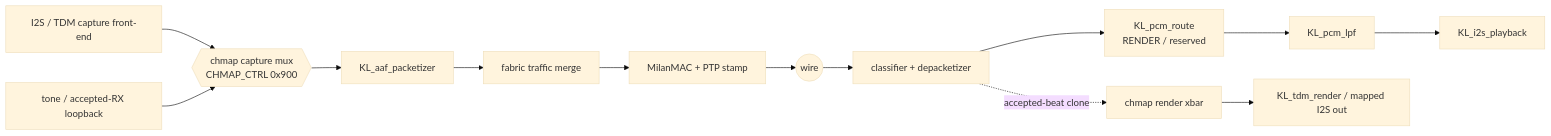
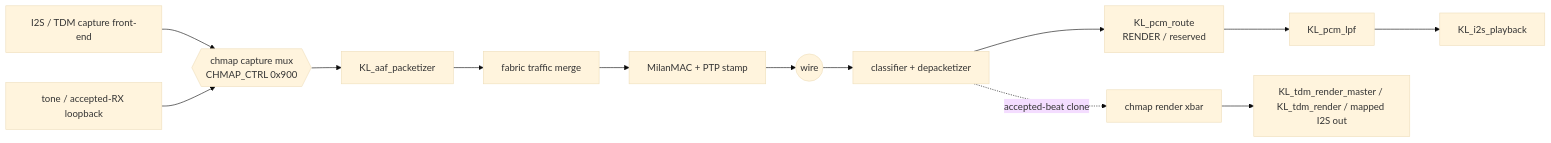
Before and after one commit to kebag-logic/milan-fpga: the diagram in docs/fpga/FPGA_DESIGN.md, drawn with Mermaid (base theme). The commit also changed other lines of this file and 36 other files, not shown here.

Commit message:
Render the shipping TDM8 listener onto its serial pins through a master render lane

````diff
--- a/docs/fpga/FPGA_DESIGN.md
+++ b/docs/fpga/FPGA_DESIGN.md
@@ -130,9 +130,9 @@
 ```mermaid
 flowchart LR
     ADC[I2S / TDM capture front-end] --> CM{{chmap capture mux\nCHMAP_CTRL 0x900}}
     TONE[tone / accepted-RX loopback] --> CM
     CM --> PKT[KL_aaf_packetizer] --> MERGE[fabric traffic merge] --> MAC[MilanMAC + PTP stamp] --> WIRE((wire))
     WIRE --> RX[classifier + depacketizer] --> ROUTE[KL_pcm_route\nRENDER / reserved]
     ROUTE --> LPF[KL_pcm_lpf] --> I2S[KL_i2s_playback]
-    RX -. accepted-beat clone .-> XBAR[chmap render xbar] --> TDM[KL_tdm_render / mapped I2S out]
+    RX -. accepted-beat clone .-> XBAR[chmap render xbar] --> TDM[KL_tdm_render_master / KL_tdm_render / mapped I2S out]
 ```
````
